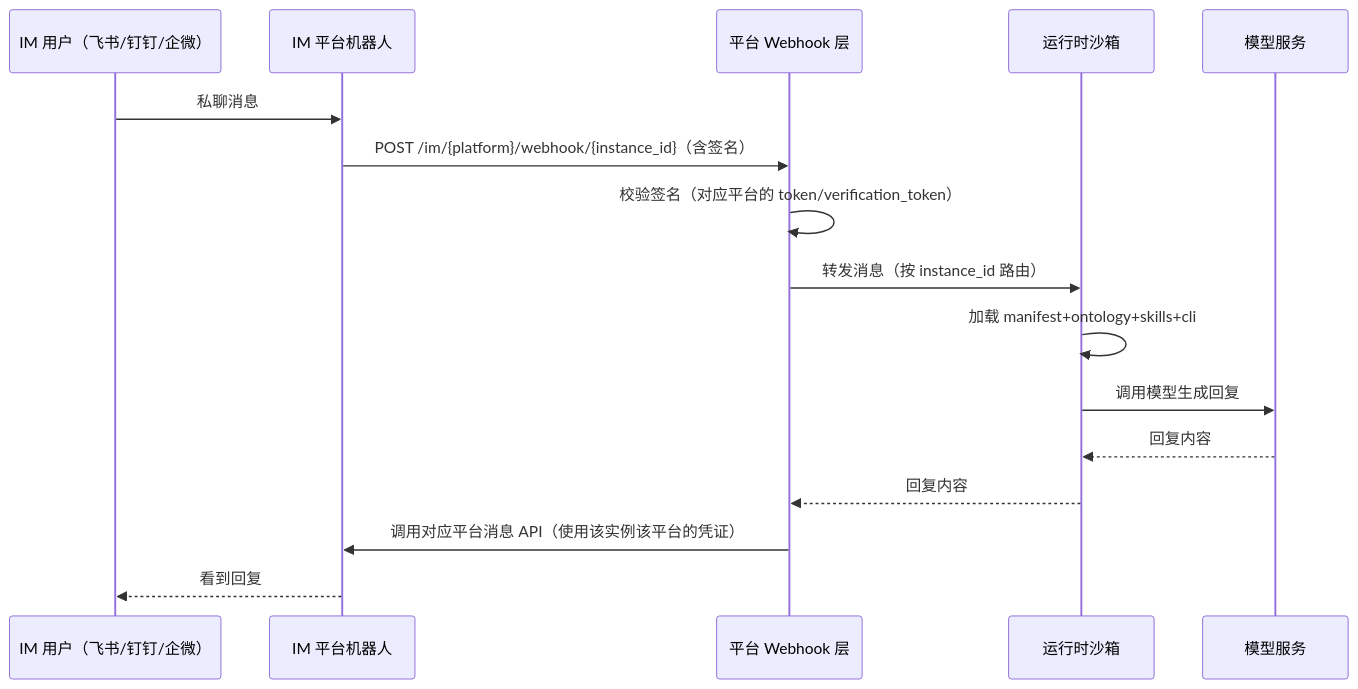
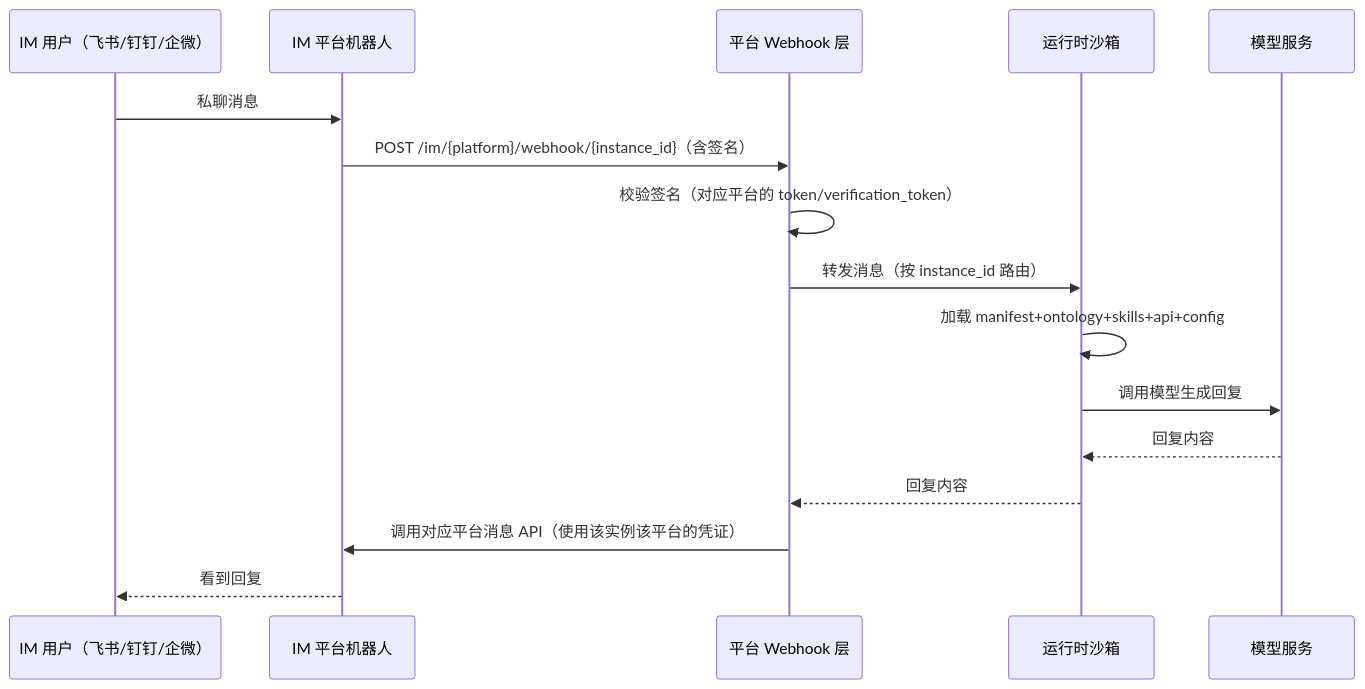
Before and after one commit to wayyet/hirebot-web: the seventh of 10 diagrams in 02-0 雇佣端完整需求规格说明书.md, drawn with Mermaid. The commit also changed other lines of this file and 4 other files, not shown here.

````diff
--- a/02-0 雇佣端完整需求规格说明书.md
+++ b/02-0 雇佣端完整需求规格说明书.md
@@ -687,19 +697,19 @@
 ```mermaid
 sequenceDiagram
     participant User as IM 用户（飞书/钉钉/企微）
     participant IMPlatform as IM 平台机器人
     participant Platform as 平台 Webhook 层
     participant Sandbox as 运行时沙箱
     participant LLM as 模型服务
 
     User->>IMPlatform: 私聊消息
     IMPlatform->>Platform: POST /im/{platform}/webhook/{instance_id}（含签名）
     Platform->>Platform: 校验签名（对应平台的 token/verification_token）
     Platform->>Sandbox: 转发消息（按 instance_id 路由）
-    Sandbox->>Sandbox: 加载 manifest+ontology+skills+cli
+    Sandbox->>Sandbox: 加载 manifest+ontology+skills+api+config
     Sandbox->>LLM: 调用模型生成回复
     LLM-->>Sandbox: 回复内容
     Sandbox-->>Platform: 回复内容
     Platform->>IMPlatform: 调用对应平台消息 API（使用该实例该平台的凭证）
     IMPlatform-->>User: 看到回复
 ```
````
